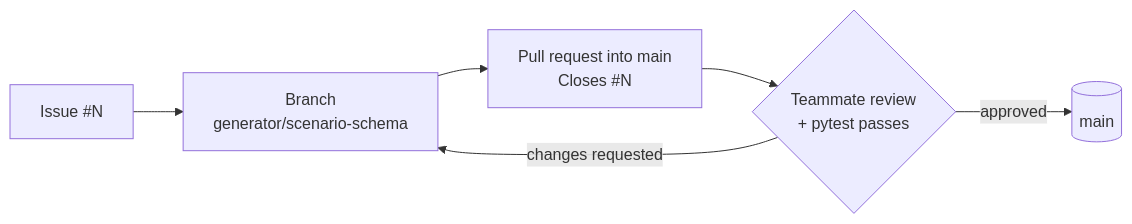
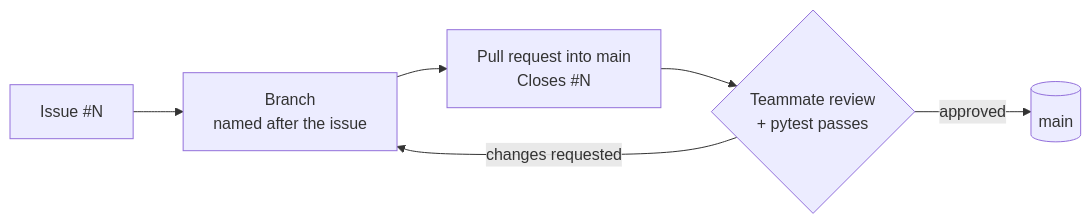
Before and after one commit to bhoomi02-ai/cs5130-verification-advisory: the diagram in README.md, drawn with Mermaid. The commit also changed other lines of this file, not shown here.

````diff
--- a/README.md
+++ b/README.md
@@ -110,8 +262,8 @@
 ```mermaid
 flowchart LR
-    I["Issue #N"] --> B["Branch<br/>generator/scenario-schema"]
+    I["Issue #N"] --> B["Branch<br/>named after the issue"]
     B --> PR["Pull request into main<br/>Closes #N"]
     PR --> R{"Teammate review<br/>+ pytest passes"}
     R -->|approved| M[("main")]
     R -->|changes requested| B
 ```
````
